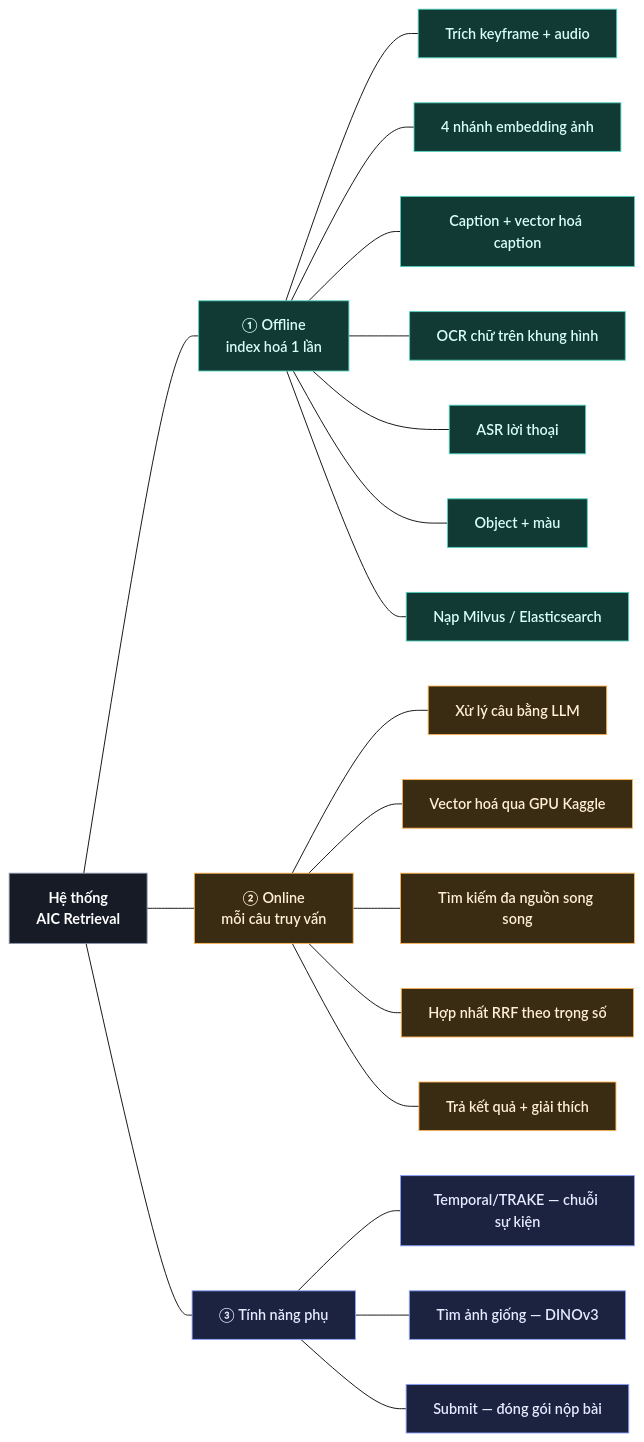
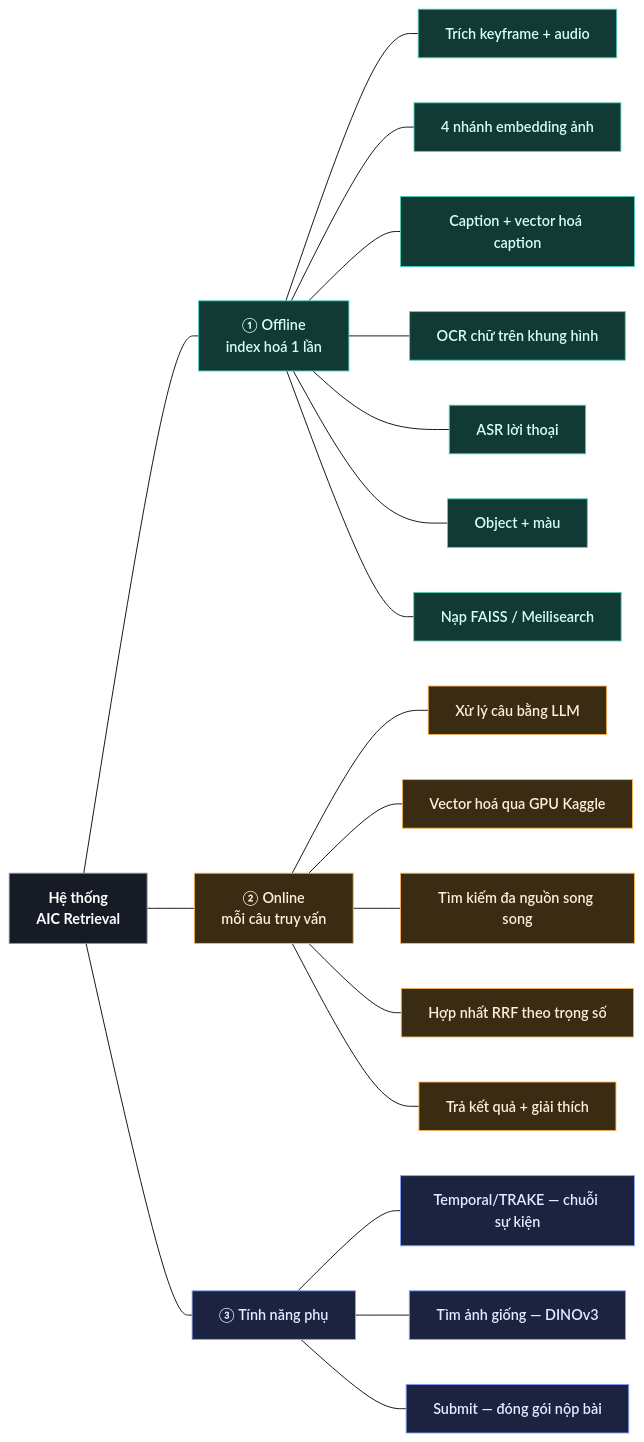
Before and after one commit to manhdungcr7/RTC_SYSTEM: the first of 6 diagrams in PIPELINE.md, drawn with Mermaid (forest theme). The commit also changed other lines of this file and 23 other files, not shown here.

````diff
--- a/PIPELINE.md
+++ b/PIPELINE.md
@@ -15,30 +15,30 @@
 ```mermaid
 flowchart LR
   classDef offline fill:#123a35,stroke:#52d1bd,color:#d8fff6,font-weight:600;
   classDef online fill:#3a2c12,stroke:#ffb454,color:#ffefd8,font-weight:600;
   classDef aux fill:#1c2340,stroke:#8aa2ff,color:#e6ebff,font-weight:600;
   classDef root fill:#161b26,stroke:#8992a8,color:#ffffff,font-weight:700;
 
   ROOT["Hệ thống<br/>AIC Retrieval"]:::root
 
   ROOT --- OFF["① Offline<br/>index hoá 1 lần"]:::offline
   OFF --- OFF1["Trích keyframe + audio"]:::offline
   OFF --- OFF2["4 nhánh embedding ảnh"]:::offline
   OFF --- OFF3["Caption + vector hoá caption"]:::offline
   OFF --- OFF4["OCR chữ trên khung hình"]:::offline
   OFF --- OFF5["ASR lời thoại"]:::offline
   OFF --- OFF6["Object + màu"]:::offline
-  OFF --- OFF7["Nạp Milvus / Elasticsearch"]:::offline
+  OFF --- OFF7["Nạp FAISS / Meilisearch"]:::offline
 
   ROOT --- ON["② Online<br/>mỗi câu truy vấn"]:::online
   ON --- ON1["Xử lý câu bằng LLM"]:::online
   ON --- ON2["Vector hoá qua GPU Kaggle"]:::online
   ON --- ON3["Tìm kiếm đa nguồn song song"]:::online
   ON --- ON4["Hợp nhất RRF theo trọng số"]:::online
   ON --- ON5["Trả kết quả + giải thích"]:::online
 
   ROOT --- AUX["③ Tính năng phụ"]:::aux
   AUX --- AUX1["Temporal/TRAKE — chuỗi sự kiện"]:::aux
   AUX --- AUX2["Tìm ảnh giống — DINOv3"]:::aux
   AUX --- AUX3["Submit — đóng gói nộp bài"]:::aux
 ```
````
